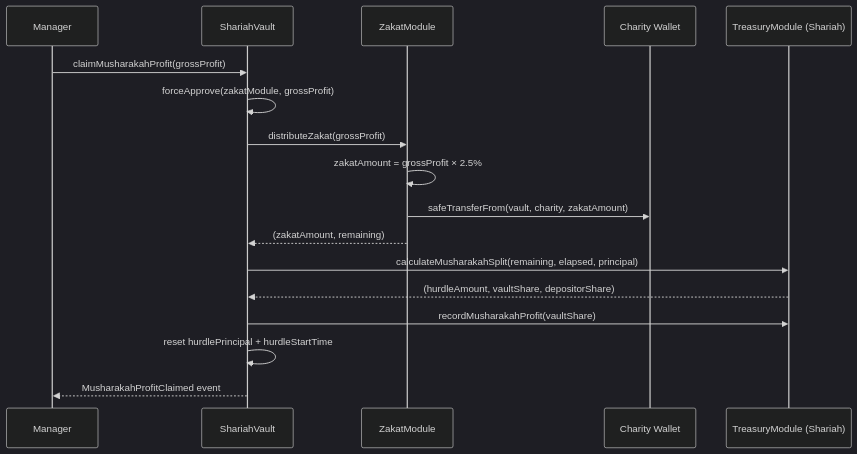
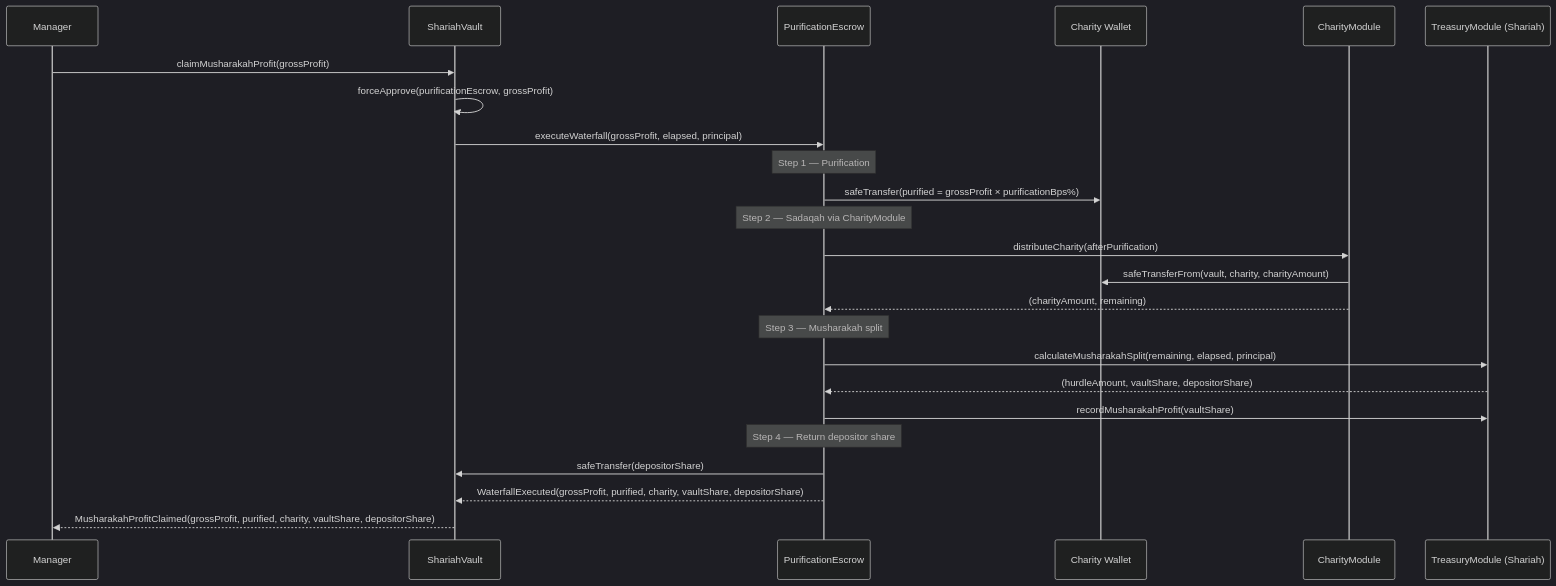
Before and after one commit to 0xhaz/DefiVault-Finance: the tenth of 10 diagrams in README.md, drawn with Mermaid (dark theme). The commit also changed other lines of this file and 172 other files, not shown here.

````diff
--- a/README.md
+++ b/README.md
@@ -527,20 +621,31 @@
 ```mermaid
 sequenceDiagram
     participant Manager
-    participant ShariahVault as ShariahVault
-    participant ZakatModule as ZakatModule
-    participant Charity as Charity Wallet
-    participant Treasury as TreasuryModule (Shariah)
+    participant SV as ShariahVault
+    participant PE as PurificationEscrow
+    participant CW as Charity Wallet
+    participant CM as CharityModule
+    participant TM as TreasuryModule (Shariah)
 
-    Manager->>ShariahVault: claimMusharakahProfit(grossProfit)
-    ShariahVault->>ShariahVault: forceApprove(zakatModule, grossProfit)
-    ShariahVault->>ZakatModule: distributeZakat(grossProfit)
-    ZakatModule->>ZakatModule: zakatAmount = grossProfit × 2.5%
-    ZakatModule->>Charity: safeTransferFrom(vault, charity, zakatAmount)
-    ZakatModule-->>ShariahVault: (zakatAmount, remaining)
-    ShariahVault->>Treasury: calculateMusharakahSplit(remaining, elapsed, principal)
-    Treasury-->>ShariahVault: (hurdleAmount, vaultShare, depositorShare)
-    ShariahVault->>Treasury: recordMusharakahProfit(vaultShare)
-    ShariahVault->>ShariahVault: reset hurdlePrincipal + hurdleStartTime
-    ShariahVault-->>Manager: MusharakahProfitClaimed event
+    Manager->>SV: claimMusharakahProfit(grossProfit)
+    SV->>SV: forceApprove(purificationEscrow, grossProfit)
+    SV->>PE: executeWaterfall(grossProfit, elapsed, principal)
+
+    Note over PE: Step 1 — Purification
+    PE->>CW: safeTransfer(purified = grossProfit × purificationBps%)
+
+    Note over PE: Step 2 — Sadaqah via CharityModule
+    PE->>CM: distributeCharity(afterPurification)
+    CM->>CW: safeTransferFrom(vault, charity, charityAmount)
+    CM-->>PE: (charityAmount, remaining)
+
+    Note over PE: Step 3 — Musharakah split
+    PE->>TM: calculateMusharakahSplit(remaining, elapsed, principal)
+    TM-->>PE: (hurdleAmount, vaultShare, depositorShare)
+    PE->>TM: recordMusharakahProfit(vaultShare)
+
+    Note over PE: Step 4 — Return depositor share
+    PE->>SV: safeTransfer(depositorShare)
+    PE-->>SV: WaterfallExecuted(grossProfit, purified, charity, vaultShare, depositorShare)
+    SV-->>Manager: MusharakahProfitClaimed(grossProfit, purified, charity, vaultShare, depositorShare)
 ```
````
